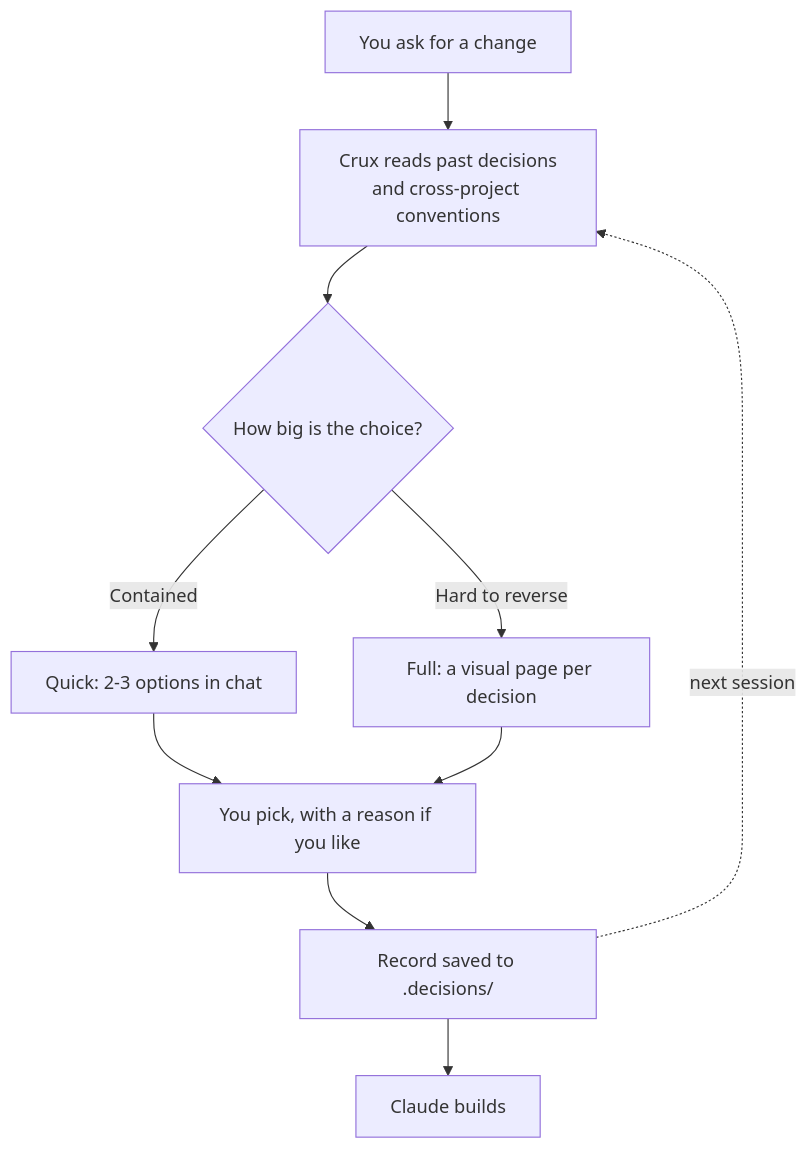
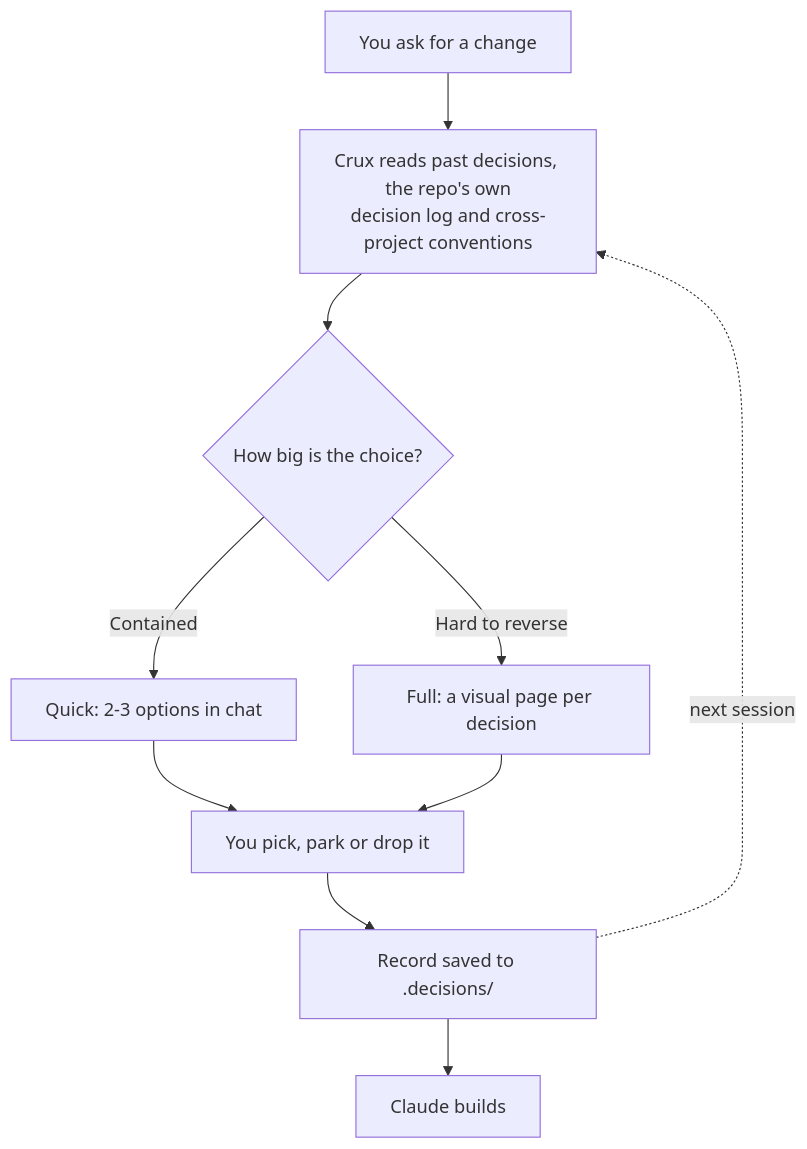
One commit to mshomper/crux changed the first of 3 diagrams in README.md. Above: the diagram before and after it, drawn with Mermaid. The commit also changed other lines of this file and 23 other files, not shown here.

First line of the commit message:
Visual board, dark theme, and park, drop, clear and refresh

````diff
--- a/README.md
+++ b/README.md
@@ -18,12 +19,12 @@
 ```mermaid
 flowchart TD
-    A[You ask for a change] --> B[Crux reads past decisions<br>and cross-project conventions]
+    A[You ask for a change] --> B[Crux reads past decisions, the repo's own<br>decision log and cross-project conventions]
     B --> C{How big is the choice?}
     C -->|Contained| D[Quick: 2-3 options in chat]
     C -->|Hard to reverse| E[Full: a visual page per decision]
-    D --> F[You pick, with a reason if you like]
+    D --> F[You pick, park or drop it]
     E --> F
     F --> G[Record saved to .decisions/]
     G --> H[Claude builds]
     G -.->|next session| B
 ```
````
